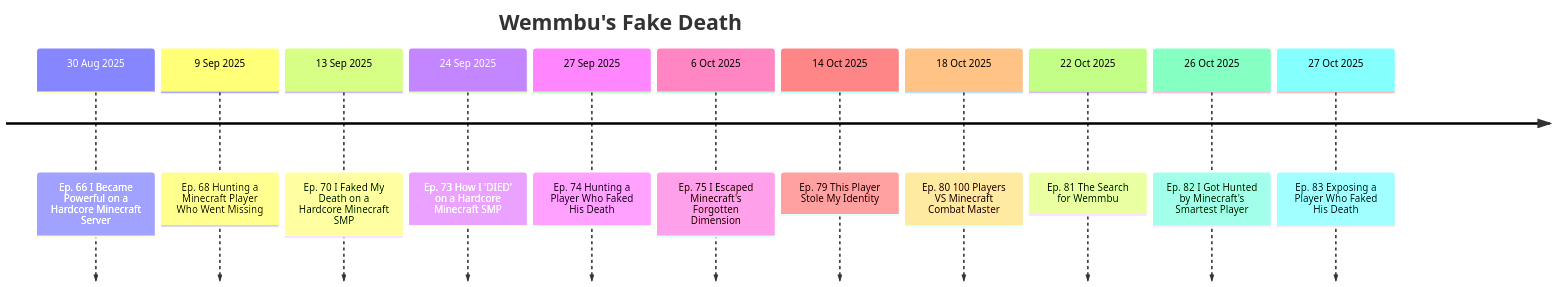
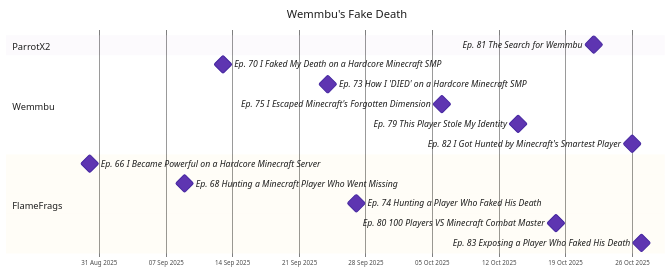
The diagram in docs/events/wemmbus-fake-death.md (That1Guy005/Unstable-Wiki), drawn with Mermaid before and after one commit. The commit also changed other lines of this file and 57 other files, not shown here.

Commit message:
feat: improved readability charts

````diff
--- a/docs/events/wemmbus-fake-death.md
+++ b/docs/events/wemmbus-fake-death.md
@@ -19,15 +21,22 @@
 ```mermaid
-timeline
+%%{init: {"theme": "base", "themeVariables": {"fontFamily": "Roboto, Helvetica, Arial, sans-serif", "fontSize": "15px", "primaryTextColor": "#1f1f1f", "textColor": "#1f1f1f", "titleColor": "#1f1f1f", "gridColor": "#d0d0d8", "taskBkgColor": "#5e35b1", "taskBorderColor": "#4527a0", "taskTextColor": "#ffffff", "taskTextLightColor": "#ffffff", "taskTextDarkColor": "#1f1f1f", "taskTextOutsideColor": "#1f1f1f", "taskTextClickableColor": "#1f1f1f", "sectionBkgColor": "#ede7f6", "altSectionBkgColor": "#ffffff", "sectionBkgColor2": "#fff3d6"}, "gantt": {"barHeight": 26, "barGap": 6, "fontSize": 14, "sectionFontSize": 15, "leftPadding": 135, "topPadding": 54, "gridLineStartPadding": 40, "titleTopMargin": 24}, "themeCSS": ".titleText{font-size:20px;font-weight:600;fill:#1f1f1f} .sectionTitle{font-size:15px;font-weight:600;fill:#1f1f1f} .tick text{font-size:13px;fill:#333} .taskText,.taskTextOutsideRight,.taskTextOutsideLeft{font-size:14px} .milestone{fill:#5e35b1;stroke:#4527a0}"}}%%
+gantt
     title Wemmbu's Fake Death
-        30 Aug 2025 : Ep. 66 I Became Powerful on a Hardcore Minecraft Server
-        9 Sep 2025 : Ep. 68 Hunting a Minecraft Player Who Went Missing
-        13 Sep 2025 : Ep. 70 I Faked My Death on a Hardcore Minecraft SMP
-        24 Sep 2025 : Ep. 73 How I 'DIED' on a Hardcore Minecraft SMP
-        27 Sep 2025 : Ep. 74 Hunting a Player Who Faked His Death
-        6 Oct 2025 : Ep. 75 I Escaped Minecraft's Forgotten Dimension
-        14 Oct 2025 : Ep. 79 This Player Stole My Identity
-        18 Oct 2025 : Ep. 80 100 Players VS Minecraft Combat Master
-        22 Oct 2025 : Ep. 81 The Search for Wemmbu
-        26 Oct 2025 : Ep. 82 I Got Hunted by Minecraft's Smartest Player
-        27 Oct 2025 : Ep. 83 Exposing a Player Who Faked His Death
+    dateFormat YYYY-MM-DD
+    axisFormat %d %b %Y
+    todayMarker off
+    section ParrotX2
+    Ep. 81 The Search for Wemmbu : milestone, m0, 2025-10-22, 0d
+    section Wemmbu
+    Ep. 70 I Faked My Death on a Hardcore Minecraft SMP : milestone, m1, 2025-09-13, 0d
+    Ep. 73 How I 'DIED' on a Hardcore Minecraft SMP : milestone, m2, 2025-09-24, 0d
+    Ep. 75 I Escaped Minecraft's Forgotten Dimension : milestone, m3, 2025-10-06, 0d
+    Ep. 79 This Player Stole My Identity : milestone, m4, 2025-10-14, 0d
+    Ep. 82 I Got Hunted by Minecraft's Smartest Player : milestone, m5, 2025-10-26, 0d
+    section FlameFrags
+    Ep. 66 I Became Powerful on a Hardcore Minecraft Server : milestone, m6, 2025-08-30, 0d
+    Ep. 68 Hunting a Minecraft Player Who Went Missing : milestone, m7, 2025-09-09, 0d
+    Ep. 74 Hunting a Player Who Faked His Death : milestone, m8, 2025-09-27, 0d
+    Ep. 80 100 Players VS Minecraft Combat Master : milestone, m9, 2025-10-18, 0d
+    Ep. 83 Exposing a Player Who Faked His Death : milestone, m10, 2025-10-27, 0d
 ```
````
